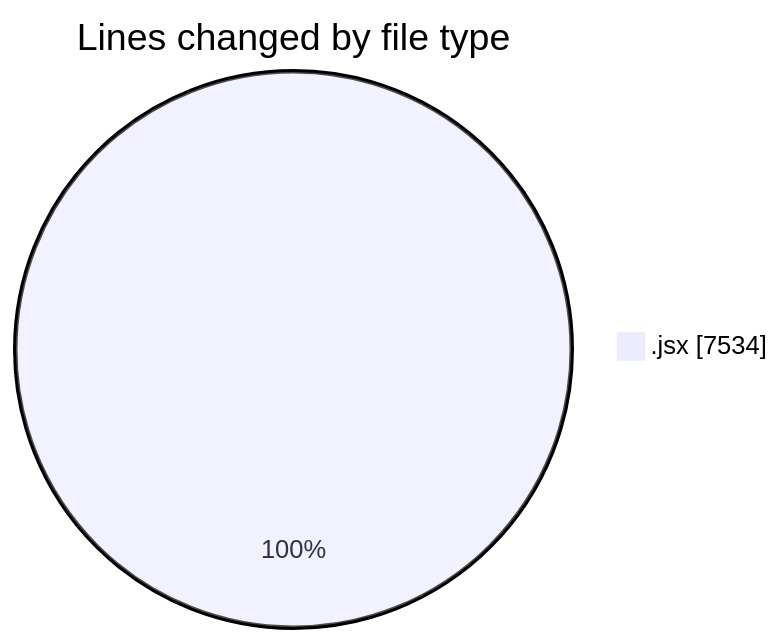
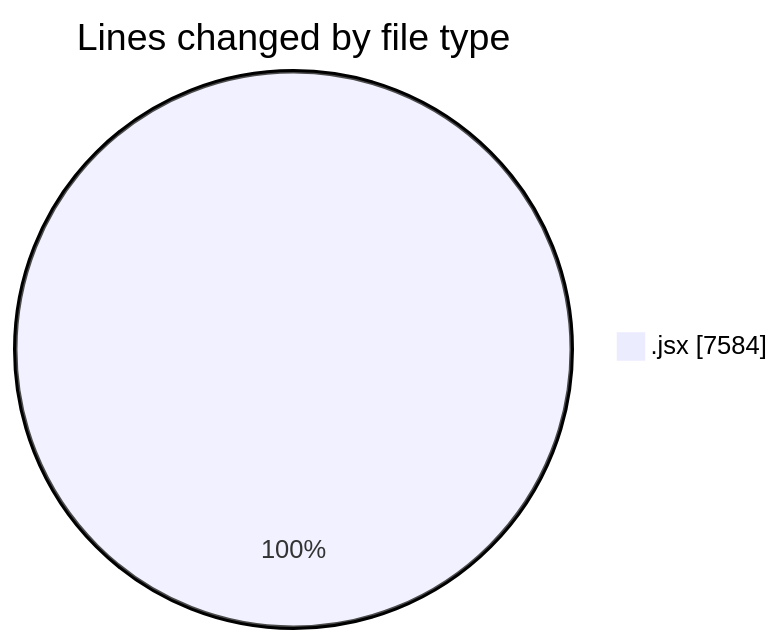
The first of 2 diagrams in 2025-09-09/nxtqube_webapp/README.md (nxtqubesakshisongat/code-tracking), drawn with Mermaid before and after one commit. The commit also changed other lines of this file and 1 other file, not shown here.

````diff
--- a/2025-09-09/nxtqube_webapp/README.md
+++ b/2025-09-09/nxtqube_webapp/README.md
@@ -22,5 +22,5 @@
 ```mermaid
 pie showData
 title Lines changed by file type
-".jsx" : 7534
+".jsx" : 7584
 ```
````
